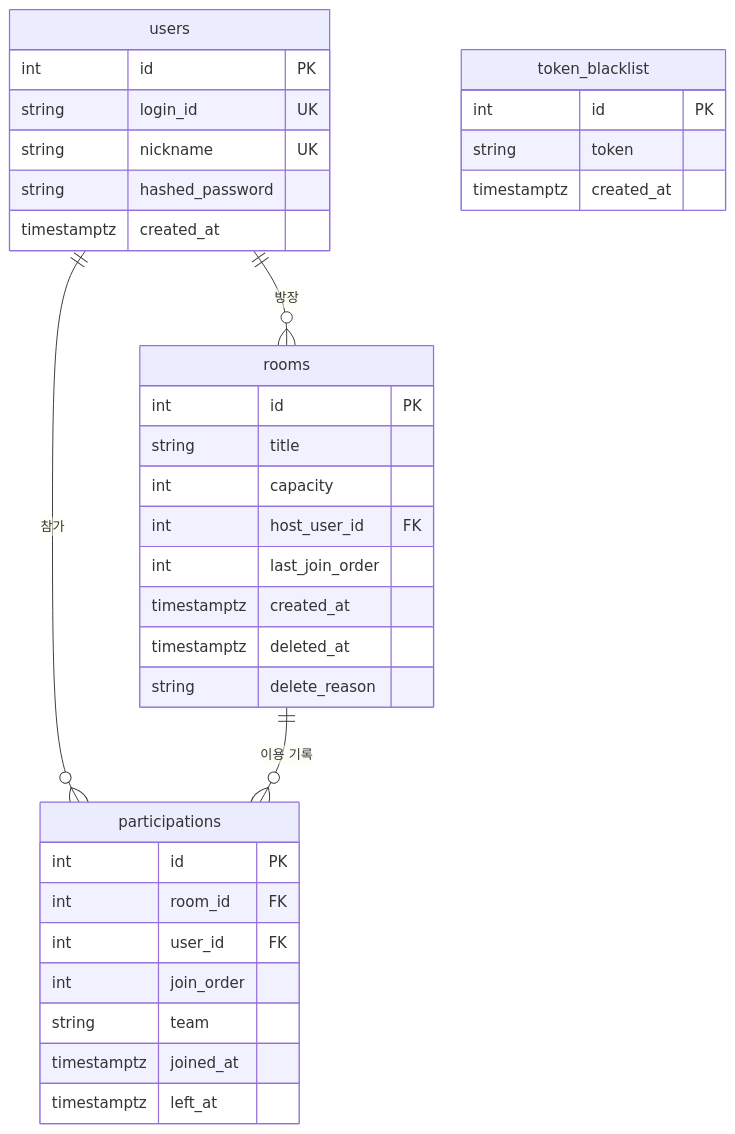
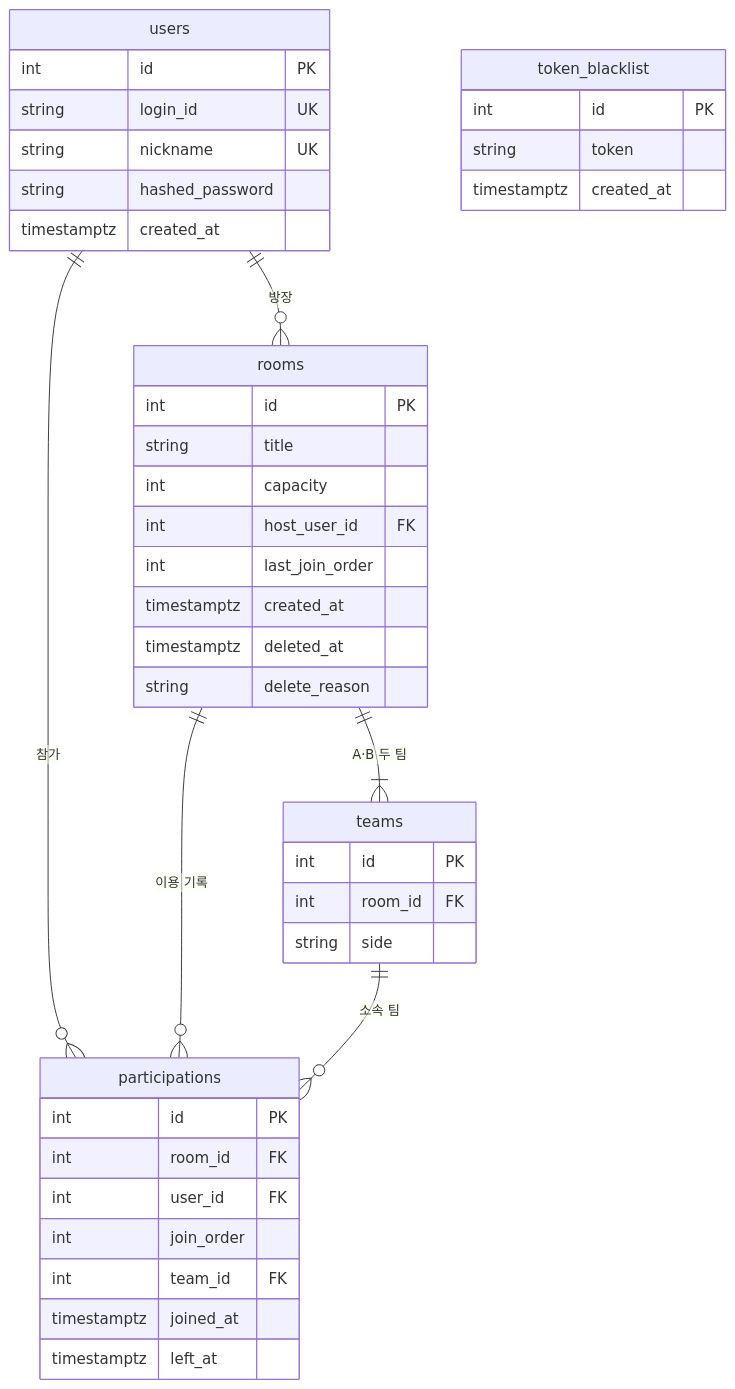
The diagram in docs/02-arch/03-db-schema.md (gyoo303/kant-backend-matchmaking), drawn with Mermaid before and after one commit. The commit also changed other lines of this file and 7 other files, not shown here.

Commit message:
docs(arch): ADR-010 팀 엔티티 — teams 테이블·Team 시그니처·RISK-13·GATE-08·M8 티켓

````diff
--- a/docs/02-arch/03-db-schema.md
+++ b/docs/02-arch/03-db-schema.md
@@ -20,37 +21,44 @@
 ```mermaid
 erDiagram
     users ||--o{ participations : "참가"
     users ||--o{ rooms : "방장"
+    rooms ||--|{ teams : "A·B 두 팀"
     rooms ||--o{ participations : "이용 기록"
+    teams ||--o{ participations : "소속 팀"
     users {
         int id PK
         string login_id UK
         string nickname UK
         string hashed_password
         timestamptz created_at
     }
     token_blacklist {
         int id PK
         string token
         timestamptz created_at
     }
     rooms {
         int id PK
         string title
         int capacity
         int host_user_id FK
         int last_join_order
         timestamptz created_at
         timestamptz deleted_at
         string delete_reason
     }
+    teams {
+        int id PK
+        int room_id FK
+        string side
+    }
     participations {
         int id PK
         int room_id FK
         int user_id FK
         int join_order
-        string team
+        int team_id FK
         timestamptz joined_at
         timestamptz left_at
     }
 ```
````
